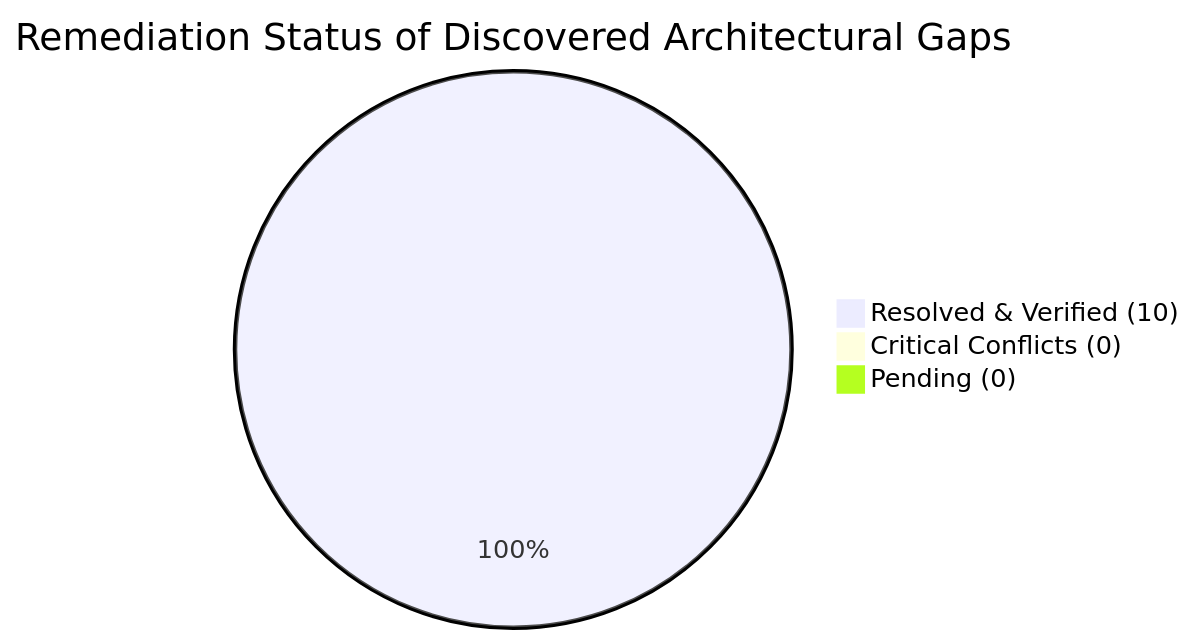
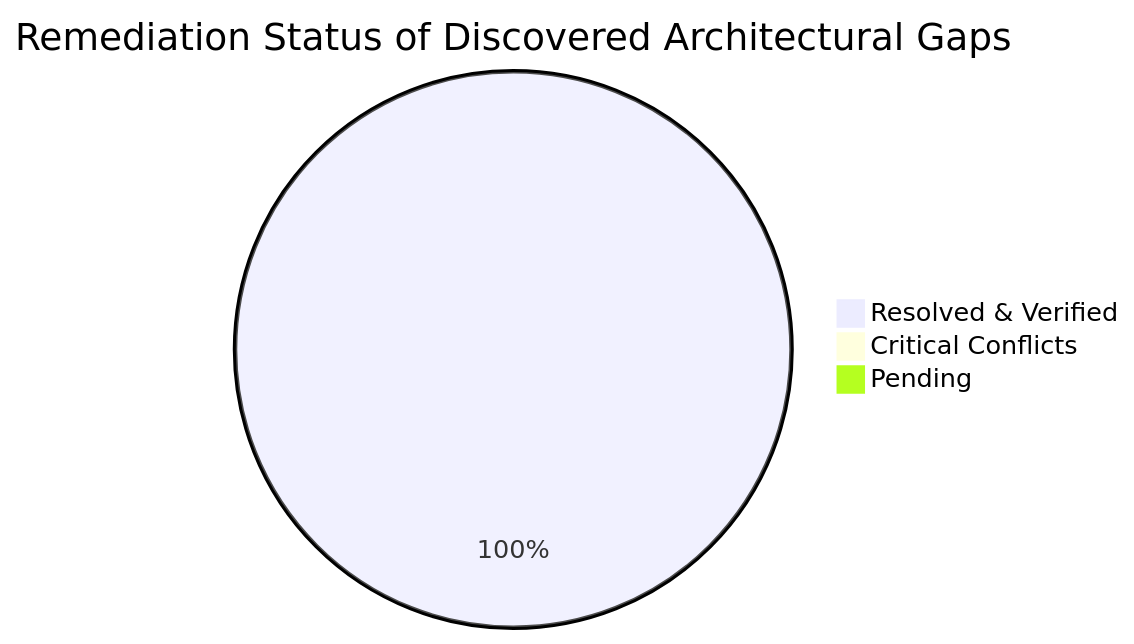
Before and after one commit to campxsync/CampXSync_V2.0: the first of 2 diagrams in docs/architecture/CROSS_SERVICE_CONFLICT_AND_GAP_ANALYSIS.md, drawn with Mermaid. The commit also changed other lines of this file and 68 other files, not shown here.

````diff
--- a/docs/architecture/CROSS_SERVICE_CONFLICT_AND_GAP_ANALYSIS.md
+++ b/docs/architecture/CROSS_SERVICE_CONFLICT_AND_GAP_ANALYSIS.md
@@ -25,6 +27,6 @@
 ```mermaid
 pie title Remediation Status of Discovered Architectural Gaps
-    "Resolved & Verified (10)": 10
-    "Critical Conflicts (0)": 0
-    "Pending (0)": 0
+    "Resolved & Verified": 100
+    "Critical Conflicts": 0
+    "Pending": 0
 ```
````
